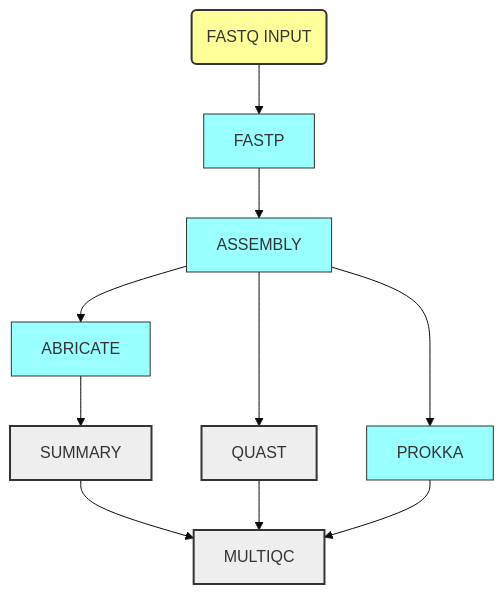
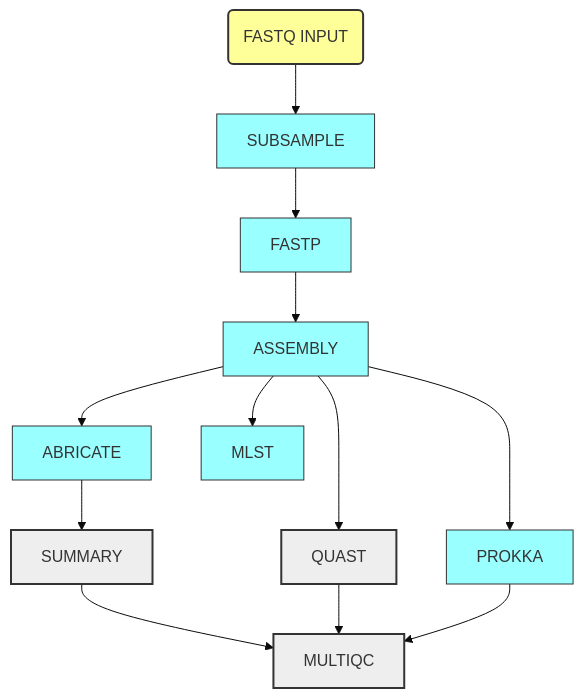
The diagram in README.md (telatin/nextflow-example), drawn with Mermaid (base theme) before and after one commit.

Commit message:
update mermaid

````diff
--- a/README.md
+++ b/README.md
@@ -28,15 +28,17 @@
 ```mermaid
 graph TD;
  style input fill:#ff9,stroke:#333,stroke-width:2px
  classDef collapse fill:#EEE,stroke:#333,stroke-width:2px
  classDef multi fill:#9FF,stroke:#333,troke-width:2px
- input(FASTQ INPUT) --> FASTP:::multi;
+ input(FASTQ INPUT) --> SUBSAMPLE:::multi;
+ SUBSAMPLE --> FASTP:::multi;
  FASTP --> ASSEMBLY:::multi;
  ASSEMBLY --> QUAST:::collapse;
  ASSEMBLY --> PROKKA:::multi;
  ASSEMBLY --> ABRICATE:::multi;
+ ASSEMBLY --> MLST:::multi;
  ABRICATE --> SUMMARY:::collapse;
  SUMMARY --> MULTIQC:::collapse;
  QUAST --> MULTIQC;
  PROKKA --> MULTIQC;
 ```
````
